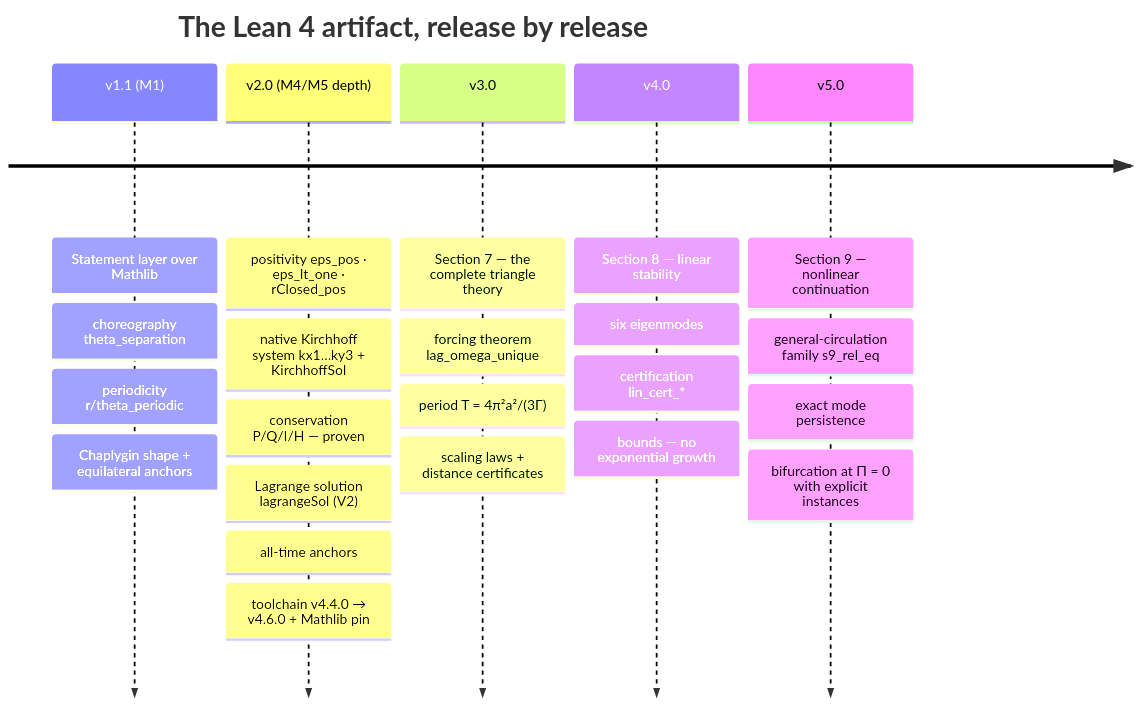
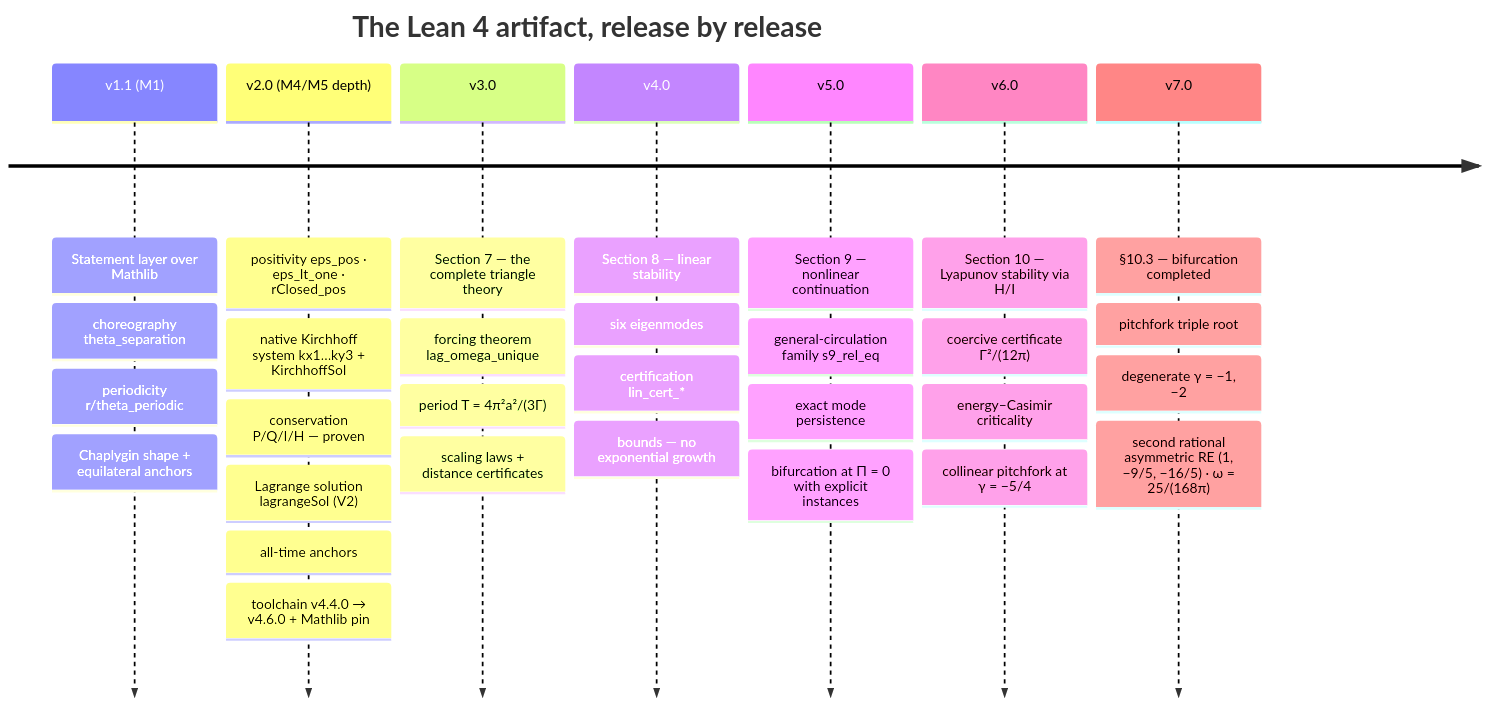
One commit to wild8highlander/Trivortex changed the fifth of 5 diagrams in verification/lean4/README.md. Above: the diagram before and after it, drawn with Mermaid. The commit also changed other lines of this file and 42 other files, not shown here.

````diff
--- a/verification/lean4/README.md
+++ b/verification/lean4/README.md
@@ -598,9 +652,11 @@
 ```mermaid
 timeline
     title The Lean 4 artifact, release by release
     v1.1 (M1) : Statement layer over Mathlib : choreography theta_separation : periodicity r/theta_periodic : Chaplygin shape + equilateral anchors
     v2.0 (M4/M5 depth) : positivity eps_pos · eps_lt_one · rClosed_pos : native Kirchhoff system kx1…ky3 + KirchhoffSol : conservation P/Q/I/H — proven : Lagrange solution lagrangeSol (V2) : all-time anchors : toolchain v4.4.0 → v4.6.0 + Mathlib pin
     v3.0 : Section 7 — the complete triangle theory : forcing theorem lag_omega_unique : period T = 4π²a²/(3Γ) : scaling laws + distance certificates
     v4.0 : Section 8 — linear stability : six eigenmodes : certification lin_cert_* : bounds — no exponential growth
     v5.0 : Section 9 — nonlinear continuation : general-circulation family s9_rel_eq : exact mode persistence : bifurcation at Π = 0 with explicit instances
+    v6.0 : Section 10 — Lyapunov stability via H/I : coercive certificate Γ²/(12π) : energy–Casimir criticality : collinear pitchfork at γ = −5/4
+    v7.0 : §10.3 — bifurcation completed : pitchfork triple root : degenerate γ = −1, −2 : second rational asymmetric RE (1, −9/5, −16/5) · ω = 25/(168π)
 ```
````
